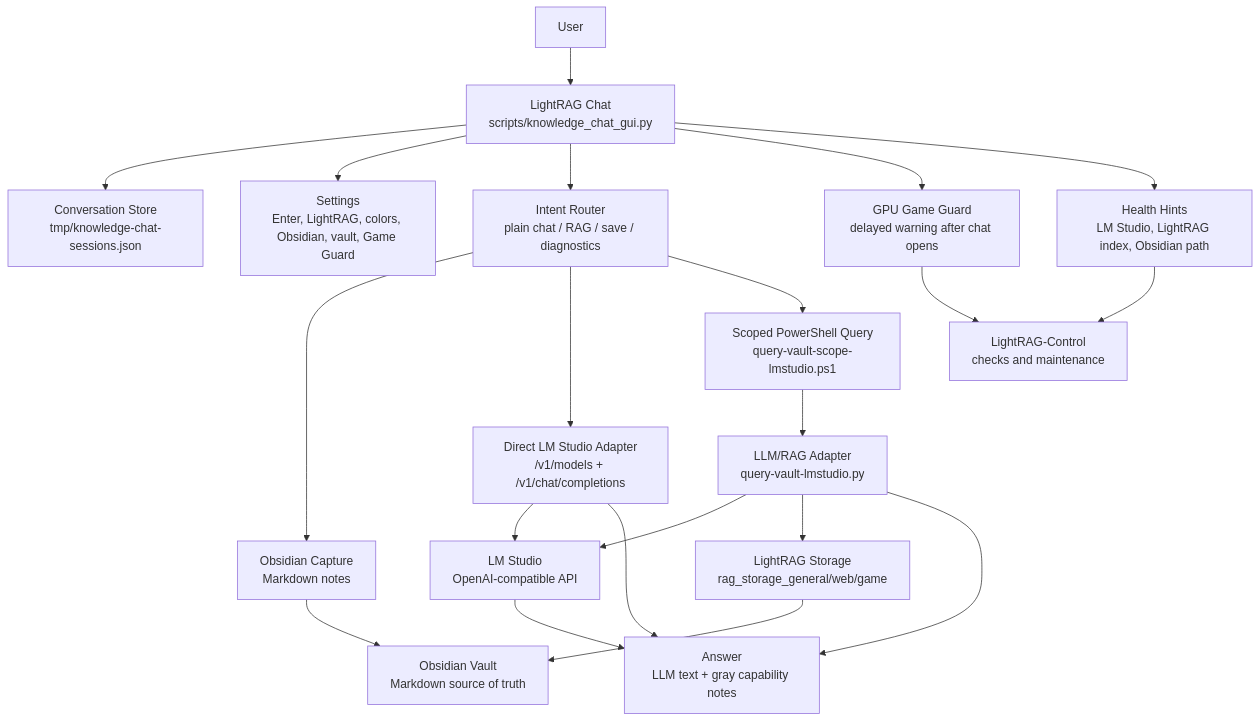
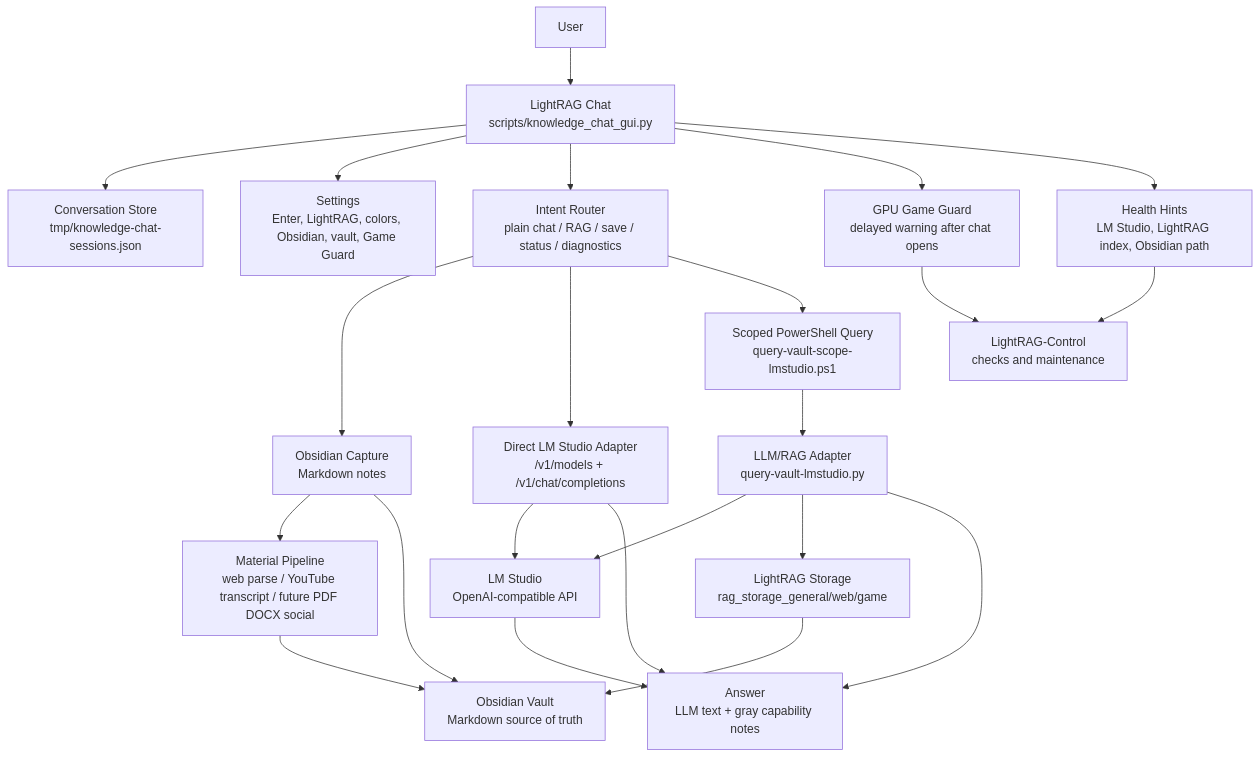
One commit to VxHxS/KnowledgeLab changed the first of 2 diagrams in ARCHITECTURE.md. Above: the diagram before and after it, drawn with Mermaid. The commit also changed other lines of this file and 12 other files, not shown here.

Commit message:
008 add web search toggle and library pipeline

````diff
--- a/ARCHITECTURE.md
+++ b/ARCHITECTURE.md
@@ -42,40 +43,43 @@
 ```mermaid
 flowchart TD
     User["User"]
     Chat["LightRAG Chat<br/>scripts/knowledge_chat_gui.py"]
     Store["Conversation Store<br/>tmp/knowledge-chat-sessions.json"]
     Settings["Settings<br/>Enter, LightRAG, colors, Obsidian, vault, Game Guard"]
-    Router["Intent Router<br/>plain chat / RAG / save / diagnostics"]
+    Router["Intent Router<br/>plain chat / RAG / save / status / diagnostics"]
     Save["Obsidian Capture<br/>Markdown notes"]
+    Pipeline["Material Pipeline<br/>web parse / YouTube transcript / future PDF DOCX social"]
     Health["Health Hints<br/>LM Studio, LightRAG index, Obsidian path"]
     Guard["GPU Game Guard<br/>delayed warning after chat opens"]
     DirectLM["Direct LM Studio Adapter<br/>/v1/models + /v1/chat/completions"]
     QueryPS["Scoped PowerShell Query<br/>query-vault-scope-lmstudio.ps1"]
     QueryPY["LLM/RAG Adapter<br/>query-vault-lmstudio.py"]
     LightRAG["LightRAG Storage<br/>rag_storage_general/web/game"]
     Vault["Obsidian Vault<br/>Markdown source of truth"]
     LMStudio["LM Studio<br/>OpenAI-compatible API"]
     Control["LightRAG-Control<br/>checks and maintenance"]
     Answer["Answer<br/>LLM text + gray capability notes"]
 
     User --> Chat
     Chat --> Store
     Chat --> Settings
     Chat --> Router
     Router --> Save
+    Save --> Pipeline
+    Pipeline --> Vault
     Save --> Vault
     Router --> DirectLM
     DirectLM --> LMStudio
     DirectLM --> Answer
     Router --> QueryPS
     QueryPS --> QueryPY
     QueryPY --> LMStudio
     QueryPY --> LightRAG
     LightRAG --> Vault
     QueryPY --> Answer
     LMStudio --> Answer
     Chat --> Guard
     Chat --> Health
     Health --> Control
     Guard --> Control
 ```
````
